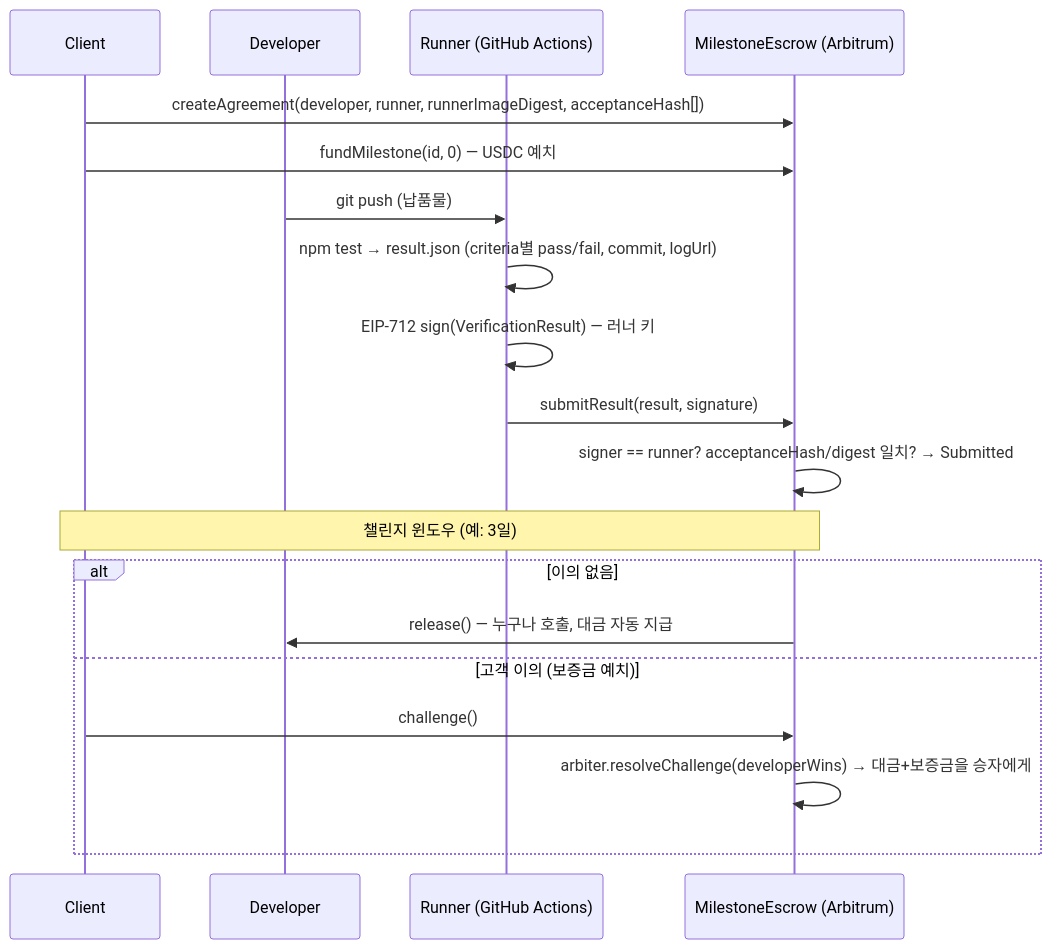
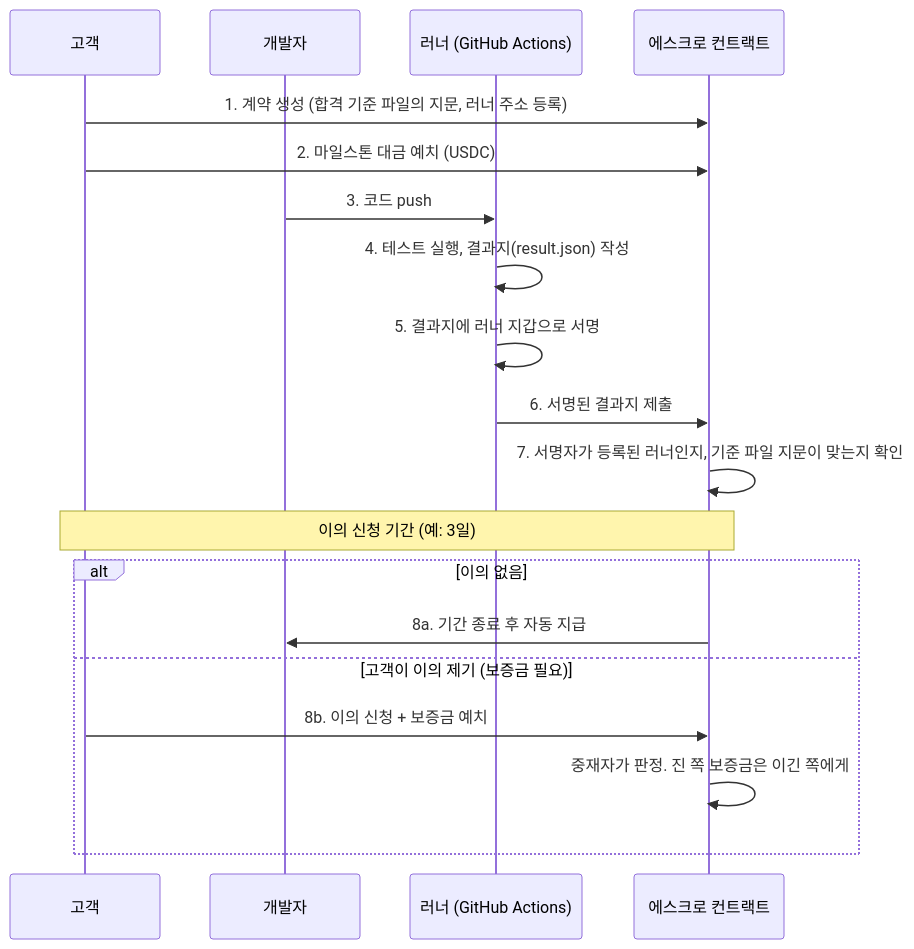
The first of 2 diagrams in README.md (yeongchani/proof-of-delivery), drawn with Mermaid before and after one commit. The commit also changed other lines of this file, not shown here.

Commit message:
docs: rewrite README for readability — plain-language intro, role table, mermaid state diagram, collapsible tech details

````diff
--- a/README.md
+++ b/README.md
@@ -12,22 +57,22 @@
 ```mermaid
 sequenceDiagram
-    participant C as Client
-    participant D as Developer
-    participant R as Runner (GitHub Actions)
-    participant E as MilestoneEscrow (Arbitrum)
+    participant C as 고객
+    participant D as 개발자
+    participant R as 러너 (GitHub Actions)
+    participant E as 에스크로 컨트랙트
 
-    C->>E: createAgreement(developer, runner, runnerImageDigest, acceptanceHash[])
-    C->>E: fundMilestone(id, 0) — USDC 예치
-    D->>R: git push (납품물)
-    R->>R: npm test → result.json (criteria별 pass/fail, commit, logUrl)
-    R->>R: EIP-712 sign(VerificationResult) — 러너 키
-    R->>E: submitResult(result, signature)
-    E->>E: signer == runner? acceptanceHash/digest 일치? → Submitted
-    Note over C,E: 챌린지 윈도우 (예: 3일)
+    C->>E: 1. 계약 생성 (합격 기준 파일의 지문, 러너 주소 등록)
+    C->>E: 2. 마일스톤 대금 예치 (USDC)
+    D->>R: 3. 코드 push
+    R->>R: 4. 테스트 실행, 결과지(result.json) 작성
+    R->>R: 5. 결과지에 러너 지갑으로 서명
+    R->>E: 6. 서명된 결과지 제출
+    E->>E: 7. 서명자가 등록된 러너인지, 기준 파일 지문이 맞는지 확인
+    Note over C,E: 이의 신청 기간 (예: 3일)
     alt 이의 없음
-        E->>D: release() — 누구나 호출, 대금 자동 지급
-    else 고객 이의 (보증금 예치)
-        C->>E: challenge()
-        E->>E: arbiter.resolveChallenge(developerWins) → 대금+보증금을 승자에게
+        E->>D: 8a. 기간 종료 후 자동 지급
+    else 고객이 이의 제기 (보증금 필요)
+        C->>E: 8b. 이의 신청 + 보증금 예치
+        E->>E: 중재자가 판정. 진 쪽 보증금은 이긴 쪽에게
     end
 ```
````
